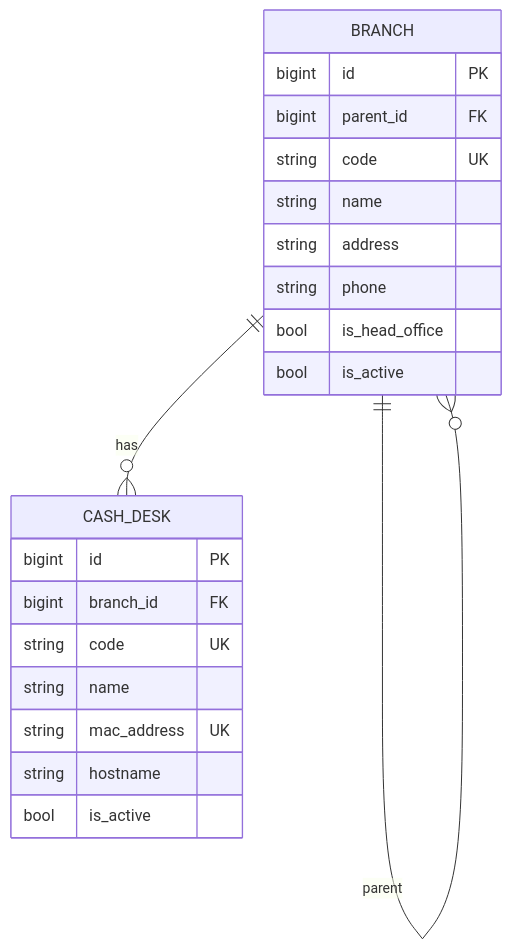
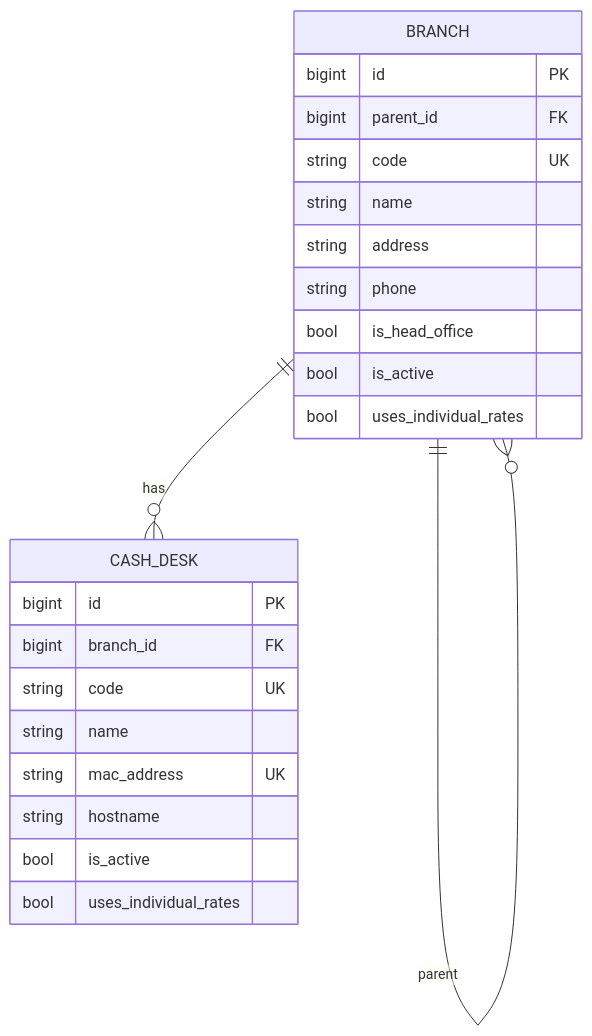
One commit to const-neshumaev/bank-cash-ops changed the third of 5 diagrams in docs/architecture-module-core.md. Above: the diagram before and after it, drawn with Mermaid. The commit also changed other lines of this file and 64 other files, not shown here.

````diff
--- a/docs/architecture-module-core.md
+++ b/docs/architecture-module-core.md
@@ -153,24 +160,26 @@
 ```mermaid
 erDiagram
     BRANCH {
         bigint id PK
         bigint parent_id FK
         string code UK
         string name
         string address
         string phone
         bool is_head_office
         bool is_active
+        bool uses_individual_rates
     }
     CASH_DESK {
         bigint id PK
         bigint branch_id FK
         string code UK
         string name
         string mac_address UK
         string hostname
         bool is_active
+        bool uses_individual_rates
     }
     BRANCH ||--o{ BRANCH : parent
     BRANCH ||--o{ CASH_DESK : has
 ```
````
